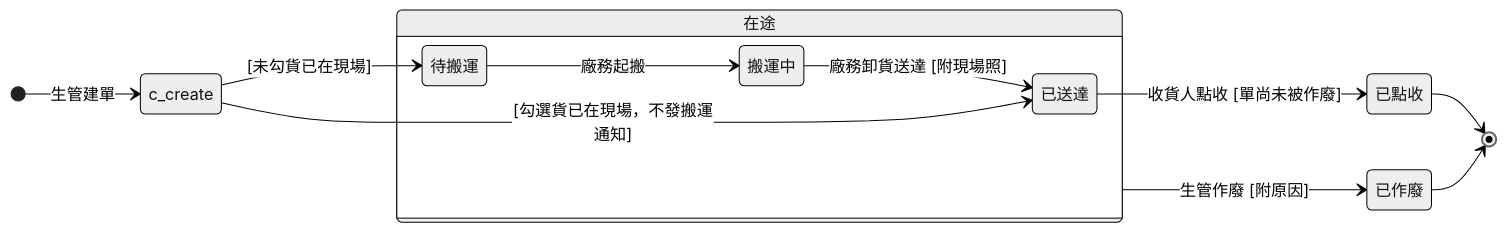
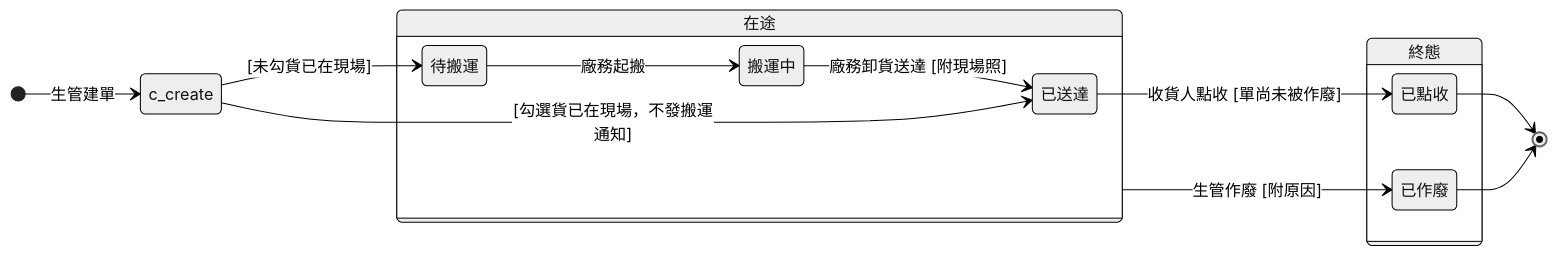
The diagram in memory/Sens_wiki/wiki/erp/06-state-machines/轉交單狀態.md (Kawato-Miles/erp-spec), drawn with Mermaid (neutral theme) before and after one commit. The commit also changed other lines of this file and 80 other files, not shown here.

````diff
--- a/memory/Sens_wiki/wiki/erp/06-state-machines/轉交單狀態.md
+++ b/memory/Sens_wiki/wiki/erp/06-state-machines/轉交單狀態.md
@@ -36,28 +38,30 @@
 ```mermaid
 stateDiagram-v2
     direction LR
 
     [*] --> c_create : 生管建單
     state c_create <<choice>>
 
     state "在途" as g_active {
         state "待搬運" as s_pending
         state "搬運中" as s_moving
         state "已送達" as s_arrived
 
         s_pending --> s_moving : 廠務起搬
         s_moving --> s_arrived : 廠務卸貨送達 [附現場照]
     }
 
-    state "已點收" as s_received
-    state "已作廢" as s_void
+    state "終態" as Final {
+        state "已點收" as s_received
+        state "已作廢" as s_void
+    }
 
     c_create --> s_pending : [未勾貨已在現場]
     c_create --> s_arrived : [勾選貨已在現場，不發搬運通知]
 
     s_arrived --> s_received : 收貨人點收 [單尚未被作廢]
     g_active --> s_void : 生管作廢 [附原因]
 
     s_received --> [*]
     s_void --> [*]
 ```
````
